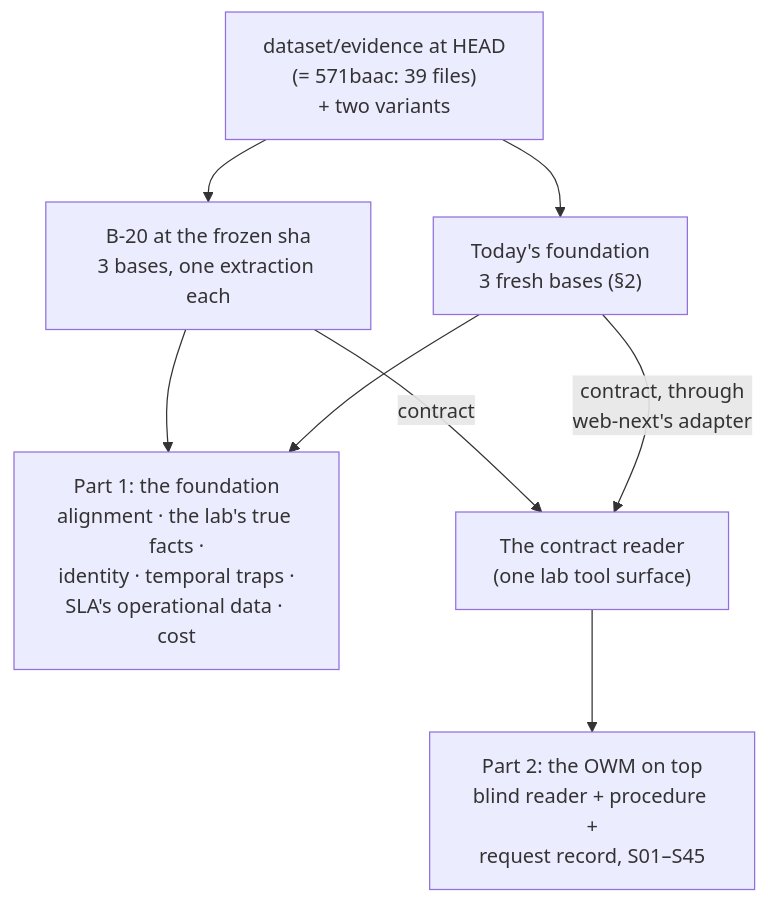
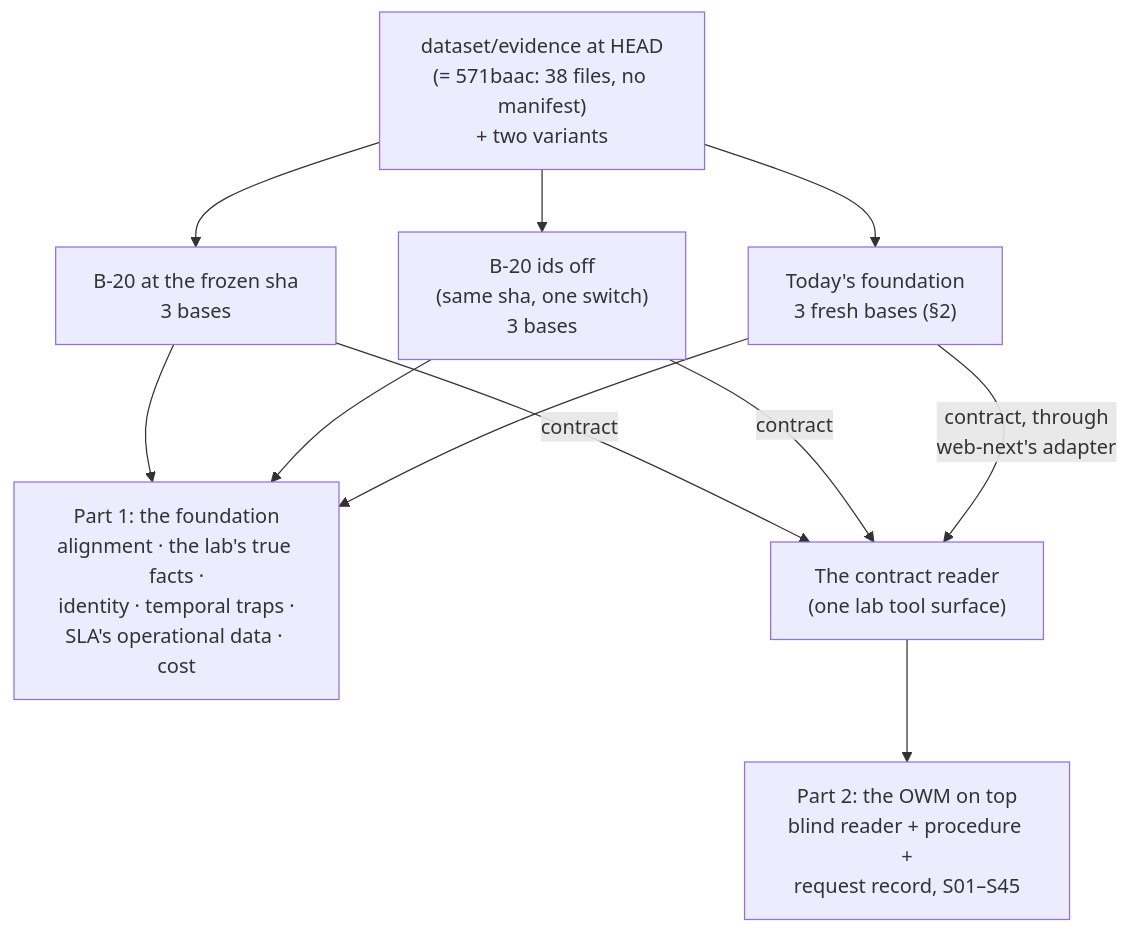
The first of 2 diagrams in docs/b20-northstar-exam-preregistration-2026-10-17.md (kloudtaxi/shiny-waffle), drawn with Mermaid before and after one commit. The commit also changed other lines of this file and 1 other file, not shown here.

First line of the commit message:
docs: the exam runs B-20 both ways (identifier rules on and off); only tracked CSV and Markdown are loaded, never the manifest

````diff
--- a/docs/b20-northstar-exam-preregistration-2026-10-17.md
+++ b/docs/b20-northstar-exam-preregistration-2026-10-17.md
@@ -23,10 +35,13 @@
 ```mermaid
 flowchart TB
-    E["dataset/evidence at HEAD<br/>(= 571baac: 39 files)<br/>+ two variants"] --> B20["B-20 at the frozen sha<br/>3 bases, one extraction each"]
+    E["dataset/evidence at HEAD<br/>(= 571baac: 38 files, no manifest)<br/>+ two variants"] --> B20["B-20 at the frozen sha<br/>3 bases"]
+    E --> B20X["B-20 ids off<br/>(same sha, one switch)<br/>3 bases"]
     E --> T["Today's foundation<br/>3 fresh bases (§2)"]
     B20 --> P1["Part 1: the foundation<br/>alignment · the lab's true facts ·<br/>identity · temporal traps ·<br/>SLA's operational data · cost"]
+    B20X --> P1
     T --> P1
     B20 -->|contract| CR["The contract reader<br/>(one lab tool surface)"]
+    B20X -->|contract| CR
     T -->|"contract, through<br/>web-next's adapter"| CR
     CR --> P2["Part 2: the OWM on top<br/>blind reader + procedure +<br/>request record, S01–S45"]
 ```
````
